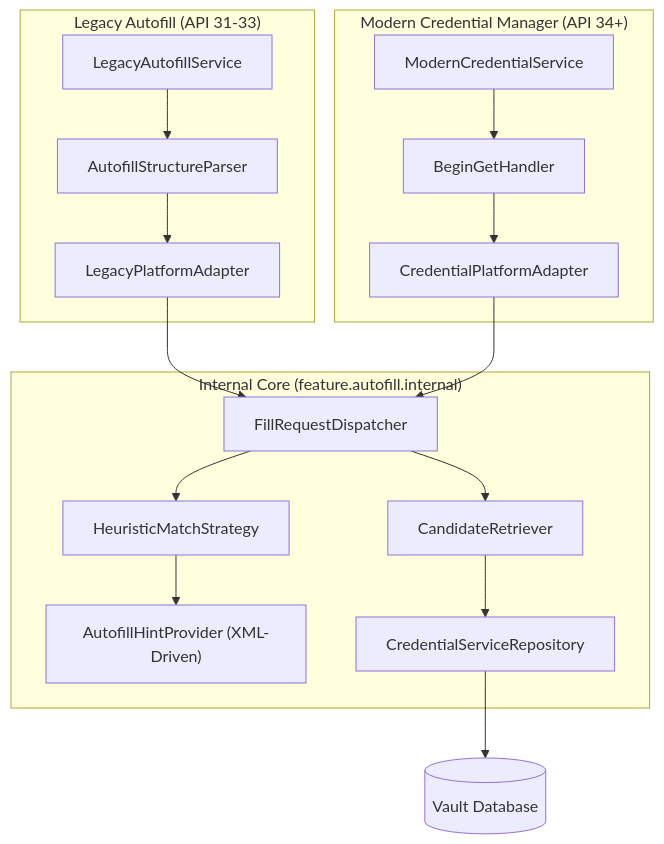
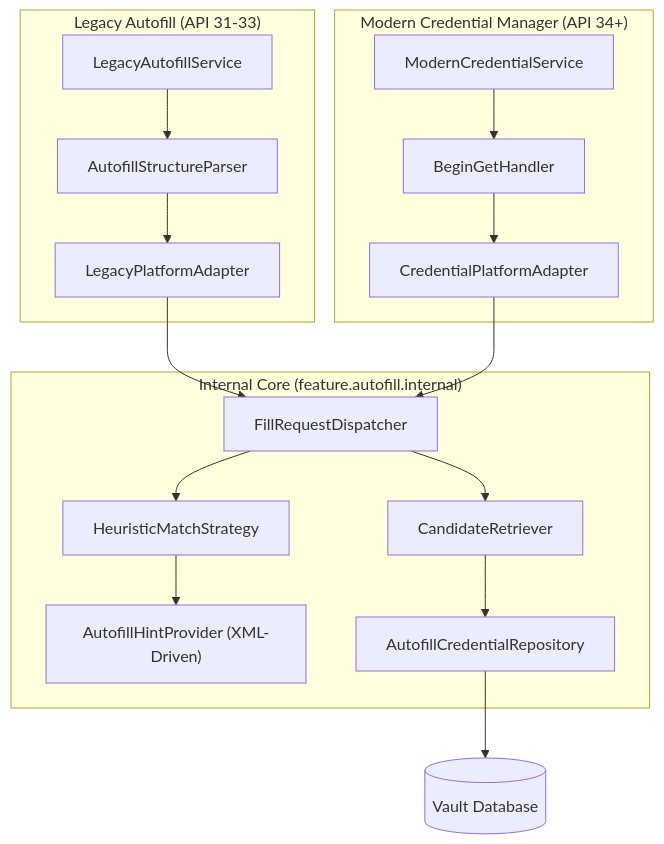
The diagram in docs/security/autofill.md (aozijx/Passly), drawn with Mermaid before and after one commit. The commit also changed other lines of this file and 2 other files, not shown here.

````diff
--- a/docs/security/autofill.md
+++ b/docs/security/autofill.md
@@ -10,23 +10,23 @@
 ```mermaid
 flowchart TD
     subgraph Legacy_Framework ["Legacy Autofill (API 31-33)"]
         LAS["LegacyAutofillService"] --> ASP["AutofillStructureParser"]
         ASP --> LPA["LegacyPlatformAdapter"]
     end
 
     subgraph Modern_Framework ["Modern Credential Manager (API 34+)"]
         MCS["ModernCredentialService"] --> BGH["BeginGetHandler"]
         BGH --> MPA["CredentialPlatformAdapter"]
     end
 
     subgraph Internal_Core ["Internal Core (feature.autofill.internal)"]
         LPA --> FRD["FillRequestDispatcher"]
         MPA --> FRD
         FRD --> HMS["HeuristicMatchStrategy"]
         HMS --> AHP["AutofillHintProvider (XML-Driven)"]
         FRD --> CR["CandidateRetriever"]
-        CR --> Repository["CredentialServiceRepository"]
+        CR --> Repository["AutofillCredentialRepository"]
     end
 
     Repository --> DB[(Vault Database)]
 ```
````
